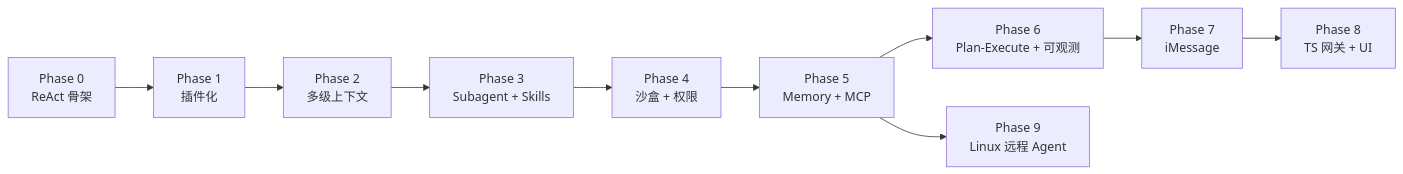
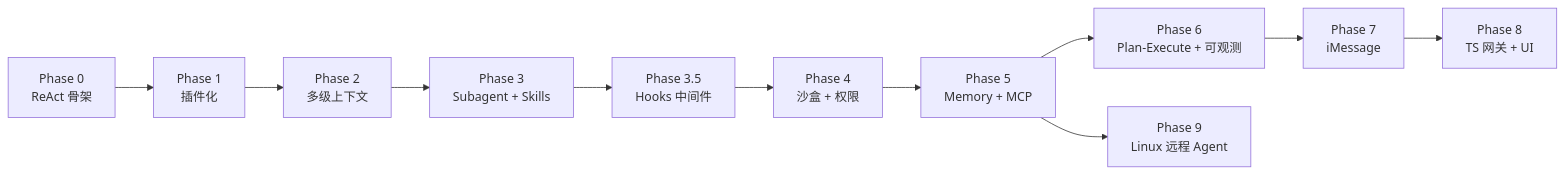
One commit to eastoc/CathyAgent changed the diagram in ROADMAP.md. Above: the diagram before and after it, drawn with Mermaid. The commit also changed other lines of this file and 17 other files, not shown here.

````diff
--- a/ROADMAP.md
+++ b/ROADMAP.md
@@ -290,12 +330,13 @@
 ```mermaid
 flowchart LR
   P0[Phase 0<br/>ReAct 骨架] --> P1[Phase 1<br/>插件化]
   P1 --> P2[Phase 2<br/>多级上下文]
   P2 --> P3[Phase 3<br/>Subagent + Skills]
-  P3 --> P4[Phase 4<br/>沙盒 + 权限]
+  P3 --> P35[Phase 3.5<br/>Hooks 中间件]
+  P35 --> P4[Phase 4<br/>沙盒 + 权限]
   P4 --> P5[Phase 5<br/>Memory + MCP]
   P5 --> P6[Phase 6<br/>Plan-Execute + 可观测]
   P6 --> P7[Phase 7<br/>iMessage]
   P7 --> P8[Phase 8<br/>TS 网关 + UI]
   P5 --> P9[Phase 9<br/>Linux 远程 Agent]
 ```
````
